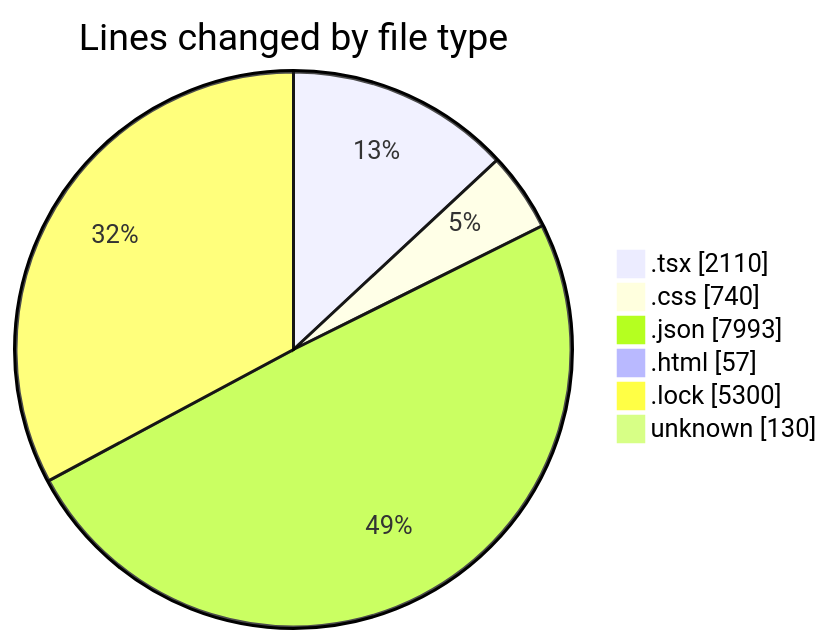
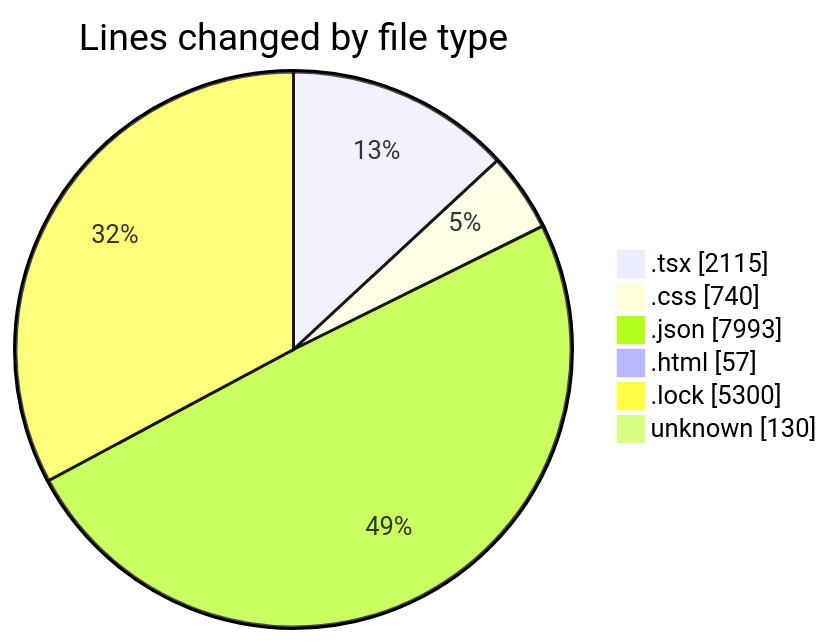
The first of 2 diagrams in 2025-08-12/ribbon/README.md (EIIisD/code-tracking), drawn with Mermaid before and after one commit. The commit also changed other lines of this file and 1 other file, not shown here.

````diff
--- a/2025-08-12/ribbon/README.md
+++ b/2025-08-12/ribbon/README.md
@@ -36,10 +36,10 @@
 ```mermaid
 pie showData
 title Lines changed by file type
-".tsx" : 2110
+".tsx" : 2115
 ".css" : 740
 ".json" : 7993
 ".html" : 57
 ".lock" : 5300
 "unknown" : 130
 ```
````
